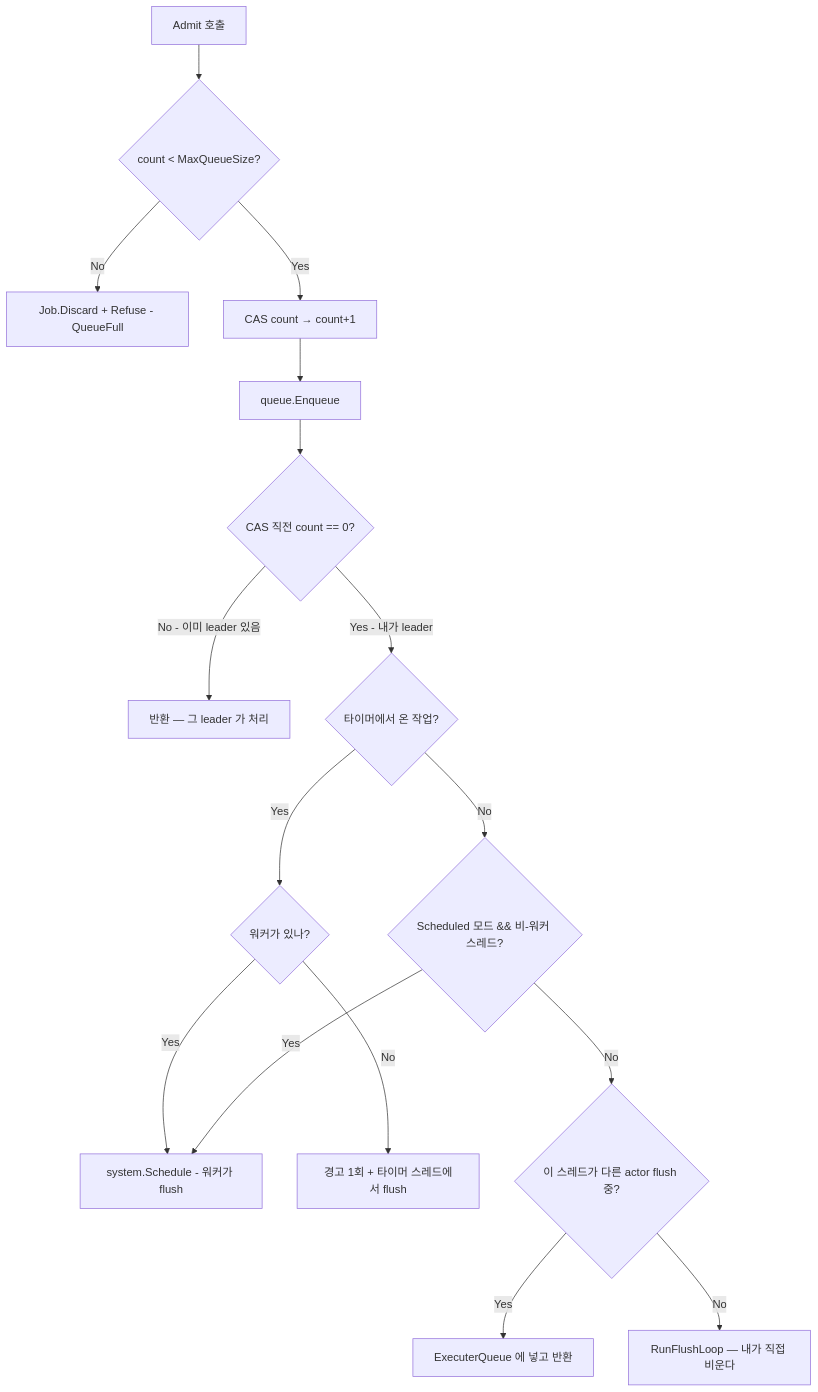
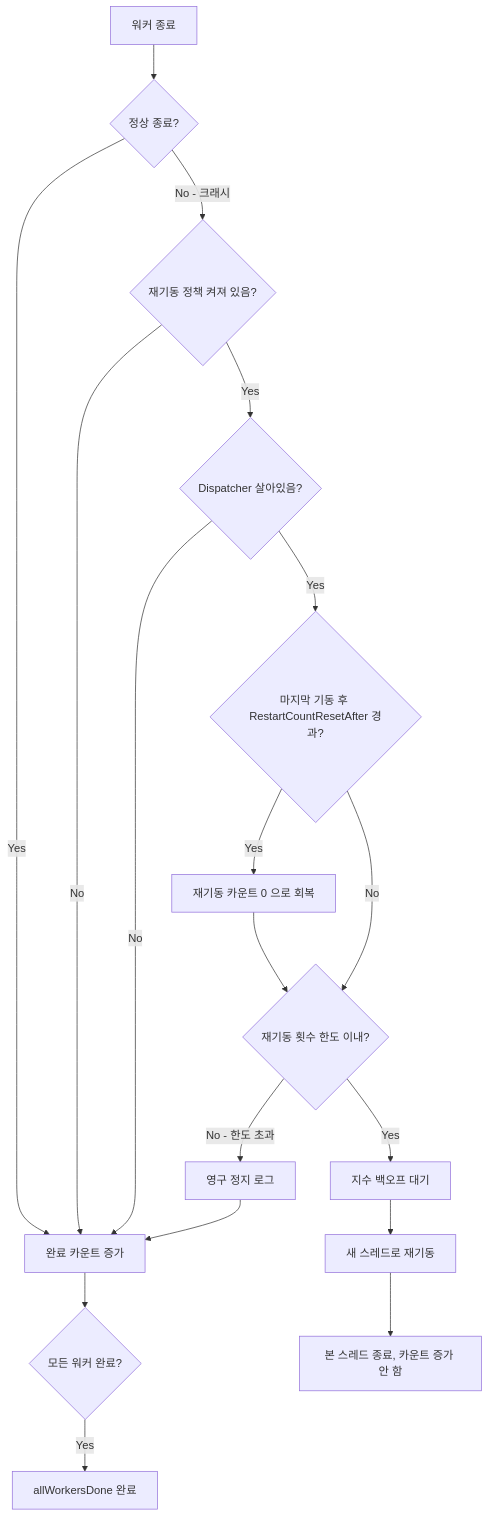
One commit to jacking75/JobDispatcherNET changed the second of 2 diagrams in Book/chapter03.md. Above: the diagram before and after it, drawn with Mermaid. The commit also changed other lines of this file and 15 other files, not shown here.

````diff
--- a/Book/chapter03.md
+++ b/Book/chapter03.md
@@ -186,18 +988,20 @@
 ```mermaid
 flowchart TD
-    A[Admit 호출] --> B{count < MaxQueueSize?}
-    B -->|No| C[Job.Discard + Refuse - QueueFull]
-    B -->|Yes| D[CAS count → count+1]
-    D --> E[queue.Enqueue]
-    E --> F{CAS 직전 count == 0?}
-    F -->|No - 이미 leader 있음| G[반환 — 그 leader 가 처리]
-    F -->|Yes - 내가 leader| H{타이머에서 온 작업?}
-    H -->|Yes| I{워커가 있나?}
-    I -->|Yes| J[system.Schedule - 워커가 flush]
-    I -->|No| K[경고 1회 + 타이머 스레드에서 flush]
-    H -->|No| L{Scheduled 모드 && 비-워커 스레드?}
-    L -->|Yes| J
-    L -->|No| M{이 스레드가 다른 actor flush 중?}
-    M -->|Yes| N[ExecuterQueue 에 넣고 반환]
-    M -->|No| O[RunFlushLoop — 내가 직접 비운다]
+    A[워커 종료] --> B{정상 종료?}
+    B -->|Yes| C[완료 카운트 증가]
+    B -->|No - 크래시| D{재기동 정책 켜져 있음?}
+    D -->|No| C
+    D -->|Yes| E{Dispatcher 살아있음?}
+    E -->|No| C
+    E -->|Yes| R{마지막 기동 후 RestartCountResetAfter 경과?}
+    R -->|Yes| S[재기동 카운트 0 으로 회복]
+    R -->|No| F
+    S --> F{재기동 횟수 한도 이내?}
+    F -->|No - 한도 초과| G[영구 정지 로그]
+    G --> C
+    F -->|Yes| H[지수 백오프 대기]
+    H --> I[새 스레드로 재기동]
+    I --> J[본 스레드 종료, 카운트 증가 안 함]
+    C --> K{모든 워커 완료?}
+    K -->|Yes| L[allWorkersDone 완료]
 ```
````
